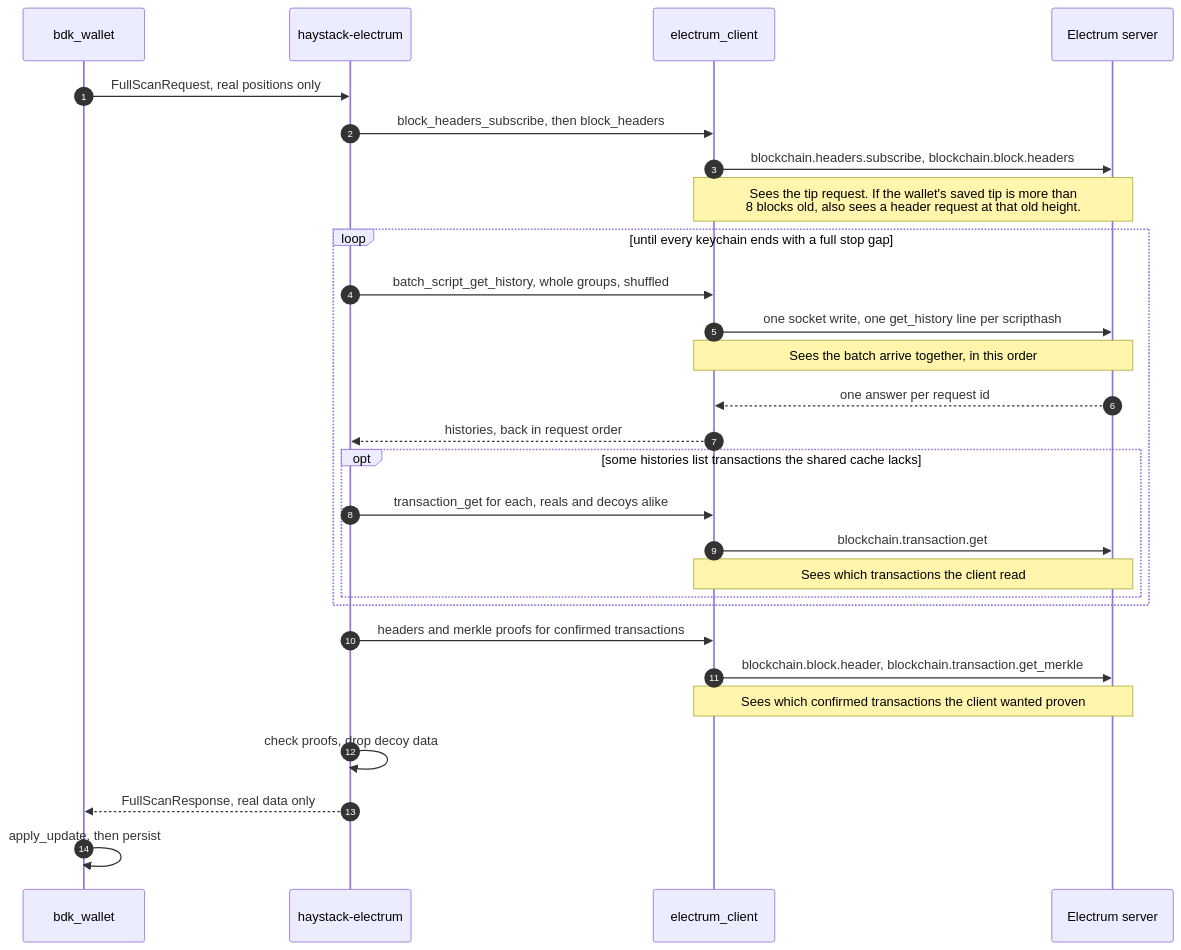
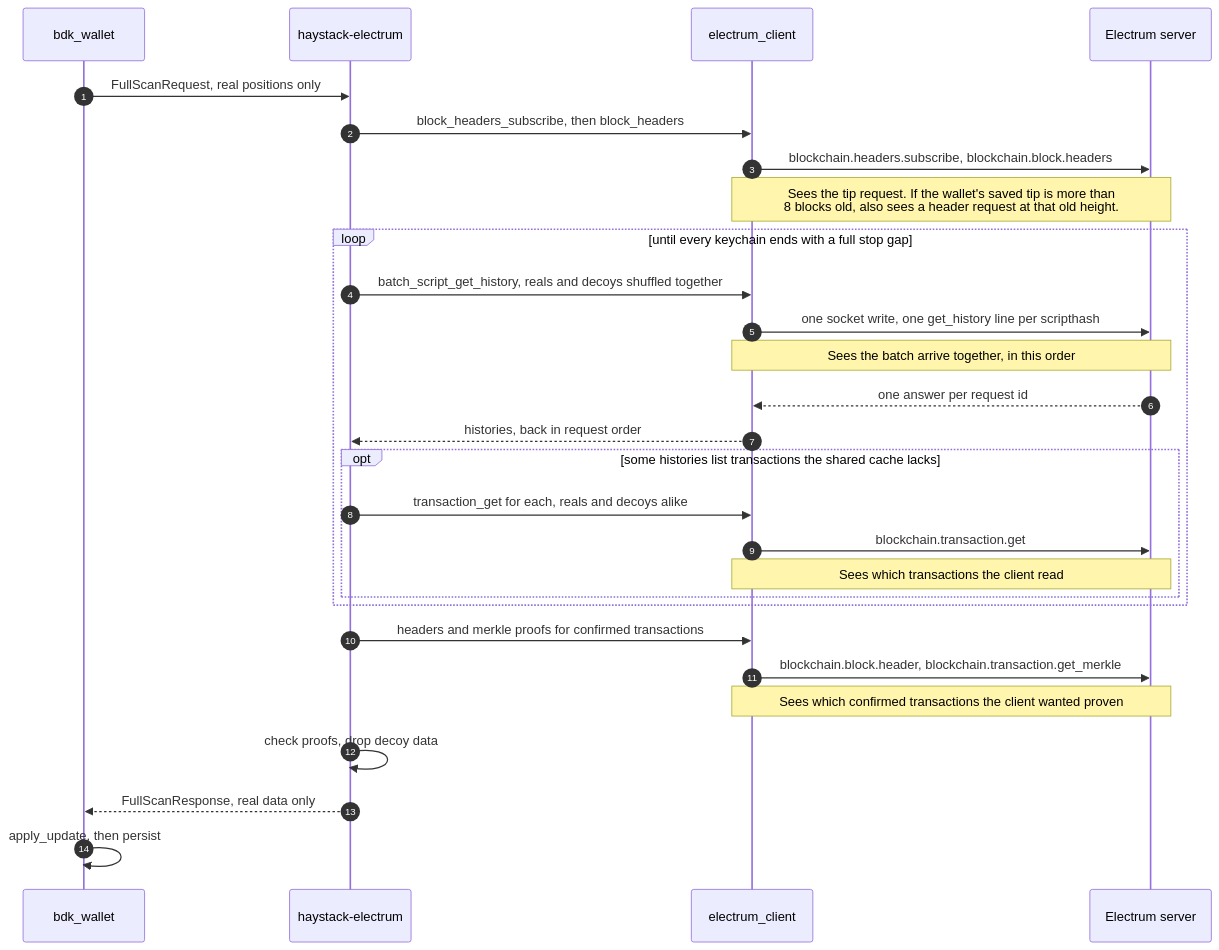
The third of 3 diagrams in docs/02-design.md (yogesh0509/Haystack), drawn with Mermaid before and after one commit. The commit also changed other lines of this file and 19 other files, not shown here.

````diff
--- a/docs/02-design.md
+++ b/docs/02-design.md
@@ -765,30 +685,30 @@
 ```mermaid
 sequenceDiagram
     autonumber
     participant W as bdk_wallet
     participant H as haystack-electrum
     participant E as electrum_client
     participant S as Electrum server
     W->>H: FullScanRequest, real positions only
     H->>E: block_headers_subscribe, then block_headers
     E->>S: blockchain.headers.subscribe, blockchain.block.headers
     Note over E,S: Sees the tip request. If the wallet's saved tip is more than<br/>8 blocks old, also sees a header request at that old height.
     loop until every keychain ends with a full stop gap
-        H->>E: batch_script_get_history, whole groups, shuffled
+        H->>E: batch_script_get_history, reals and decoys shuffled together
         E->>S: one socket write, one get_history line per scripthash
         Note over E,S: Sees the batch arrive together, in this order
         S-->>E: one answer per request id
         E-->>H: histories, back in request order
         opt some histories list transactions the shared cache lacks
             H->>E: transaction_get for each, reals and decoys alike
             E->>S: blockchain.transaction.get
             Note over E,S: Sees which transactions the client read
         end
     end
     H->>E: headers and merkle proofs for confirmed transactions
     E->>S: blockchain.block.header, blockchain.transaction.get_merkle
     Note over E,S: Sees which confirmed transactions the client wanted proven
     H->>H: check proofs, drop decoy data
     H-->>W: FullScanResponse, real data only
     W->>W: apply_update, then persist
 ```
````
